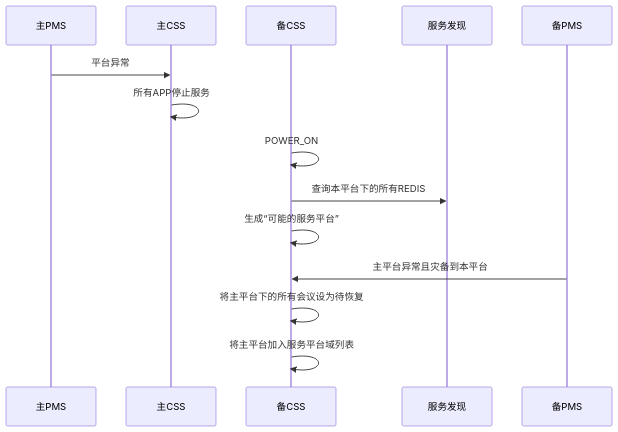
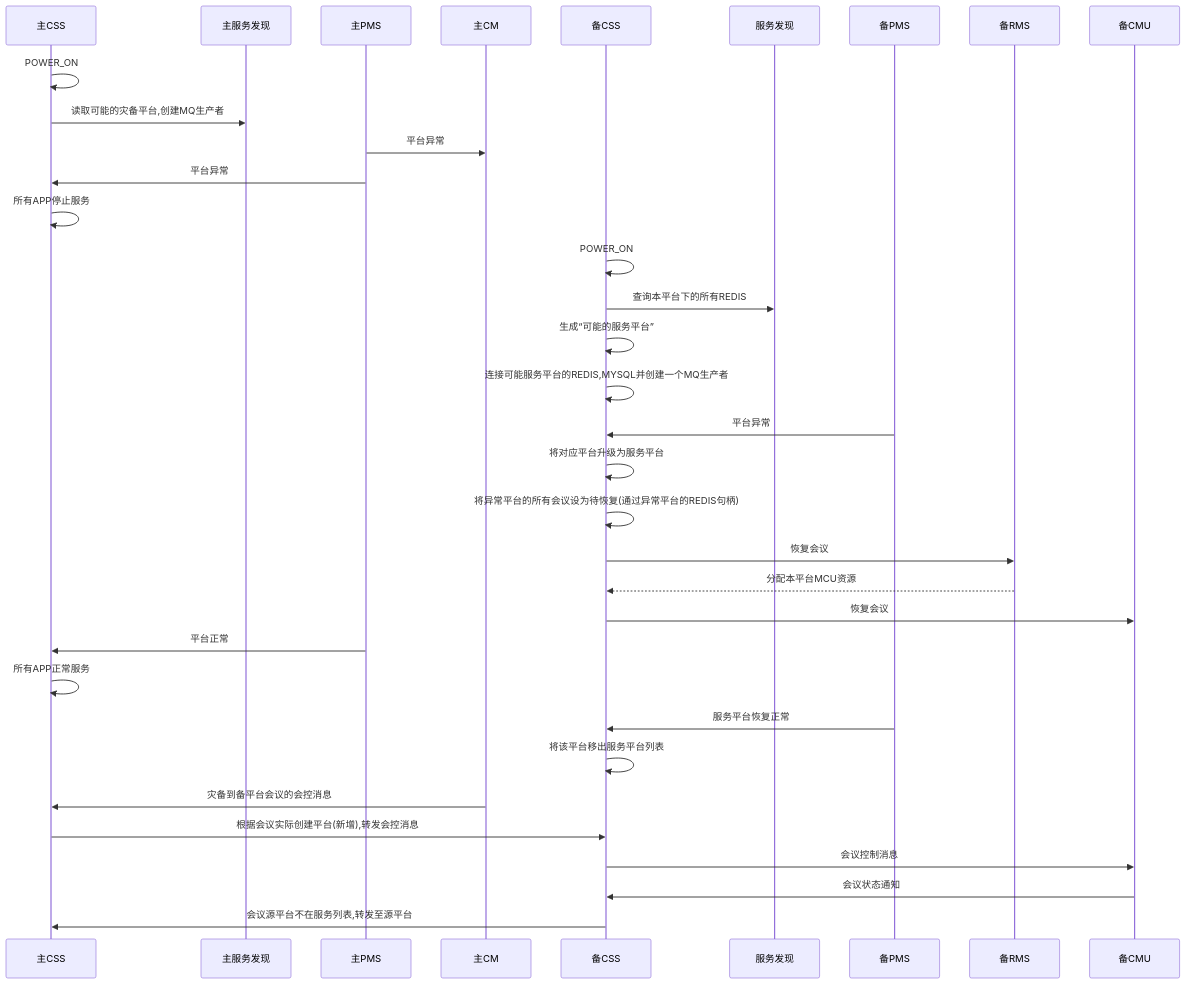
Before and after one commit to github188/w_doc: the fifth of 5 diagrams in x需求_/5.1sp4css/5.1sp4css概要设计.md, drawn with Mermaid. The commit also changed other lines of this file and 17 other files, not shown here.

````diff
--- a/x需求_/5.1sp4css/5.1sp4css概要设计.md
+++ b/x需求_/5.1sp4css/5.1sp4css概要设计.md
@@ -153,11 +153,28 @@
 ```mermaid
 sequenceDiagram
+主CSS->>主CSS: POWER_ON
+主CSS->>主服务发现: 读取可能的灾备平台,创建MQ生产者
+主PMS->>主CM: 平台异常
 主PMS->>主CSS: 平台异常
 主CSS->>主CSS: 所有APP停止服务
 备CSS->>备CSS: POWER_ON
 备CSS->>服务发现: 查询本平台下的所有REDIS
 备CSS->>备CSS: 生成“可能的服务平台”
-备PMS->>备CSS: 主平台异常且灾备到本平台
-备CSS->>备CSS: 将主平台下的所有会议设为待恢复
-备CSS->>备CSS: 将主平台加入服务平台域列表
+备CSS->>备CSS: 连接可能服务平台的REDIS,MYSQL并创建一个MQ生产者
+备PMS->>备CSS: 平台异常
+备CSS->>备CSS: 将对应平台升级为服务平台
+备CSS->>备CSS: 将异常平台的所有会议设为待恢复(通过异常平台的REDIS句柄)
+备CSS->>备RMS: 恢复会议
+备RMS-->>备CSS: 分配本平台MCU资源
+备CSS->>备CMU: 恢复会议
+主PMS->>主CSS: 平台正常
+主CSS->>主CSS: 所有APP正常服务
+备PMS->>备CSS: 服务平台恢复正常
+备CSS->>备CSS: 将该平台移出服务平台列表
+主CM->>主CSS:  灾备到备平台会议的会控消息
+主CSS->>备CSS: 根据会议实际创建平台(新增),转发会控消息
+备CSS->>备CMU: 会议控制消息
+备CMU->>备CSS: 会议状态通知
+备CSS->>主CSS: 会议源平台不在服务列表,转发至源平台
+
 ```
````
